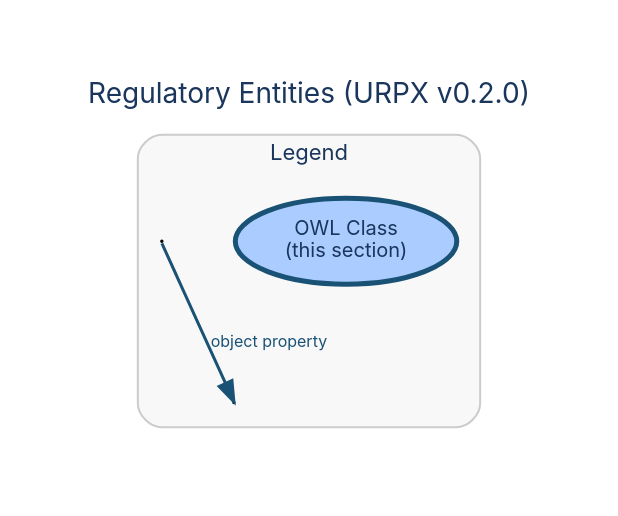
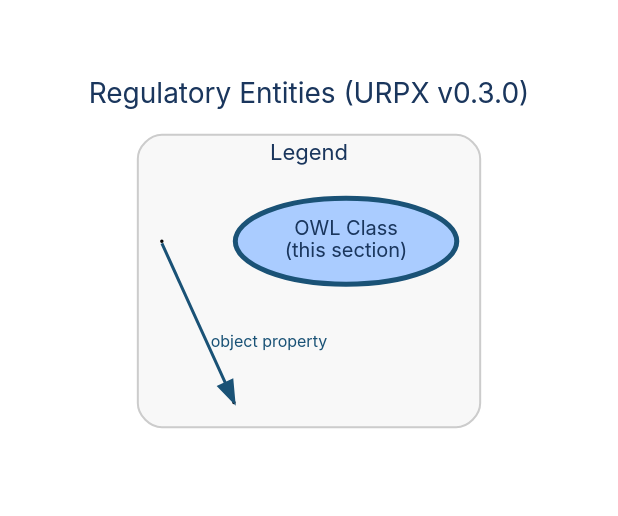
Before and after one commit to urpx-org/urpx: the diagram in documentation/diagrams/dictionary/regulatory-entities.dot, drawn with Graphviz. The commit also changed 52 other files, not shown here.

First line of the commit message:
Reword ambiguous bare "rate" in ontology annotations to "rate plan," "price," or "cost", Regenerate data dictionary and diagrams for v0.3.0; add v0.3.0 release notes draft

```diff
--- a/documentation/diagrams/dictionary/regulatory-entities.dot
+++ b/documentation/diagrams/dictionary/regulatory-entities.dot
@@ -1,34 +1,34 @@
 digraph "Regulatory Entities" {
     rankdir=TB;
     bgcolor="white";
     pad=0.4;
     nodesep=0.5;
     ranksep=0.7;
     fontname="Inter, Helvetica, Arial, sans-serif";
-    label="Regulatory Entities (URPX v0.2.0)";
+    label="Regulatory Entities (URPX v0.3.0)";
     labelloc="t";
     fontsize=14;
     fontcolor="#1a365d";
     node [fontname="Inter, Helvetica, Arial, sans-serif", fontsize=10, style=filled, fontcolor="#1a365d"];
     edge [fontname="Inter, Helvetica, Arial, sans-serif", fontsize=8, fontcolor="#1a365d"];
 
     // Section classes
 
     // Object property edges
 
     subgraph cluster_legend {
         label="Legend";
         fontname="Inter, Helvetica, Arial, sans-serif";
         fontsize=11;
         fontcolor="#1a365d";
         style=rounded;
         color="#cccccc";
         bgcolor="#f8f8f8";
         margin=12;
 
         leg_class [label="OWL Class\n(this section)", shape=ellipse, fillcolor="#aaccff", color="#1a5276", penwidth=2.5];
         leg_src [label=" ", shape=point, width=0.01];
         leg_tgt1 [label=" ", shape=point, width=0.01];
         leg_src -> leg_tgt1 [label="object property", color="#1a5276", fontcolor="#1a5276", penwidth=1.5];
     }
 }
```
